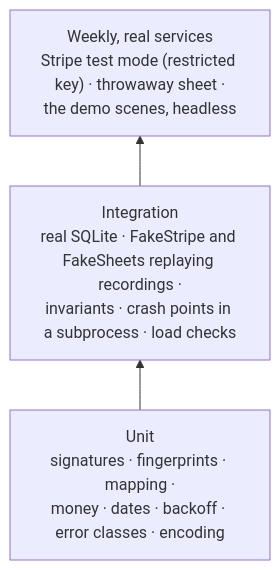
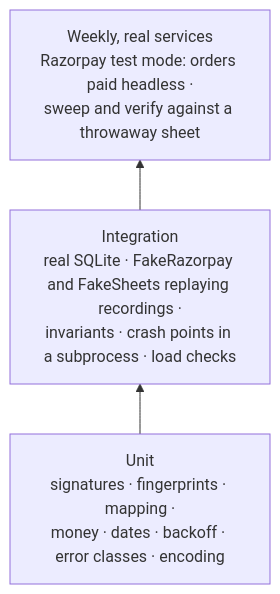
Before and after one commit to lalitkarthik/webhook-sync: the diagram in docs/design/testing.md, drawn with Mermaid. The commit also changed other lines of this file and 17 other files, not shown here.

First line of the commit message:
Design round 11: Razorpay first, Stripe parked (Q103-Q114)

````diff
--- a/docs/design/testing.md
+++ b/docs/design/testing.md
@@ -25,7 +26,7 @@
 ```mermaid
 flowchart BT
   U["Unit<br/>signatures · fingerprints · mapping ·<br/>money · dates · backoff · error classes · encoding"]
-  I["Integration<br/>real SQLite · FakeStripe and FakeSheets replaying recordings ·<br/>invariants · crash points in a subprocess · load checks"]
-  E["Weekly, real services<br/>Stripe test mode (restricted key) · throwaway sheet ·<br/>the demo scenes, headless"]
+  I["Integration<br/>real SQLite · FakeRazorpay and FakeSheets replaying recordings ·<br/>invariants · crash points in a subprocess · load checks"]
+  E["Weekly, real services<br/>Razorpay test mode: orders paid headless ·<br/>sweep and verify against a throwaway sheet"]
   U --> I --> E
 ```
````
